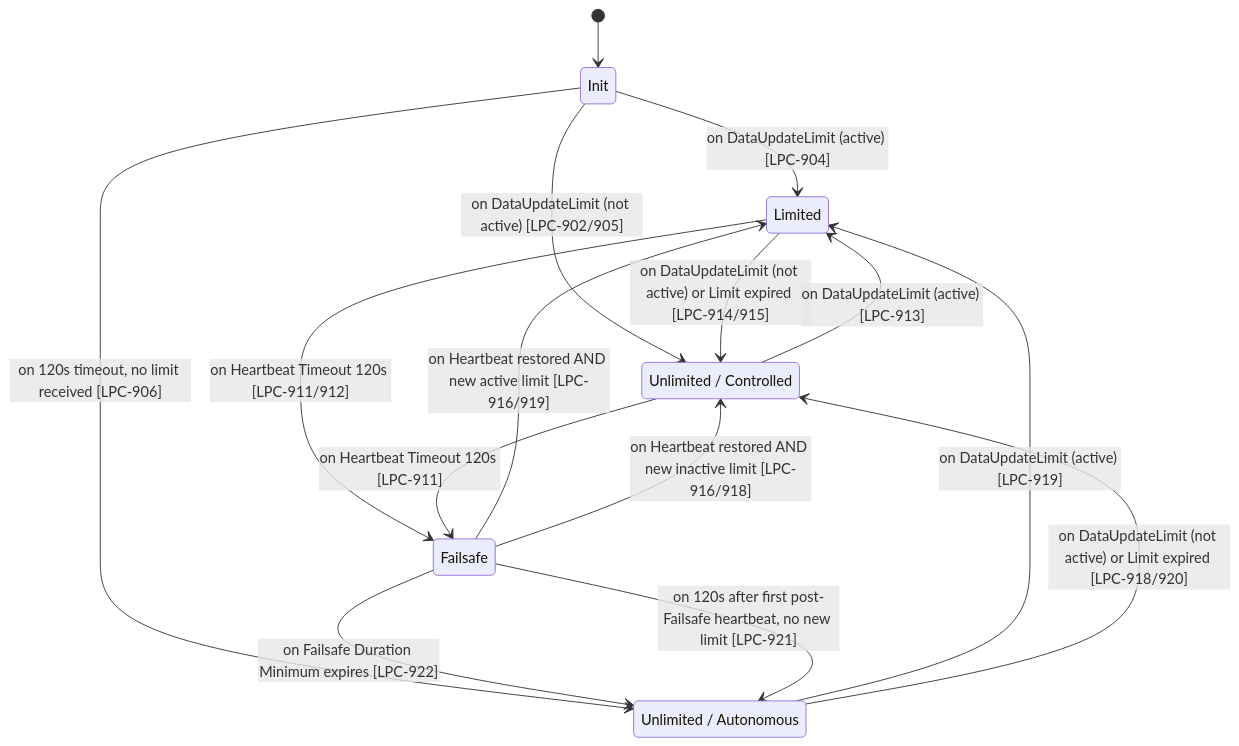
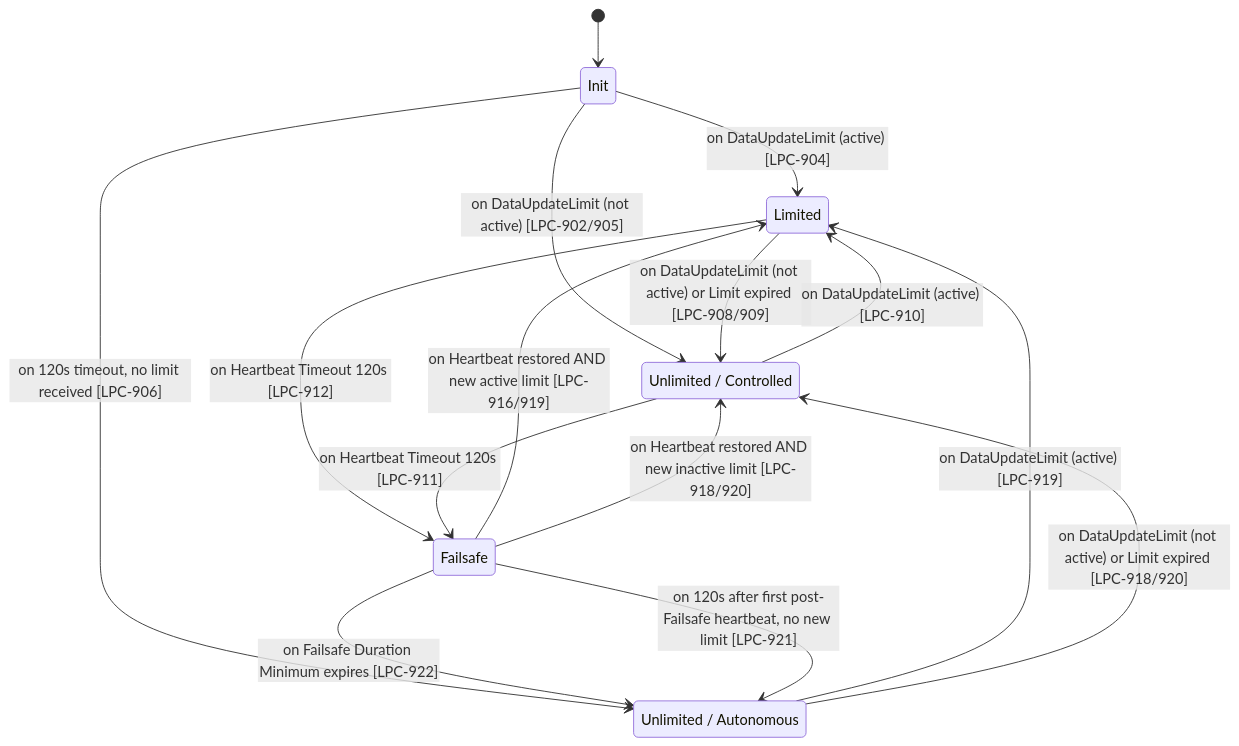
One commit to EVerest/EVerest changed the diagram in modules/EnergyManagement/EEBUS/docs/state-machine.mmd. Above: the diagram before and after it, drawn with Mermaid.

Commit message:
docs(eebus): fix LPC-ID citations in state-machine diagram
Four citations referenced non-existent or wrong IDs per
EEBus UC TS V1.0.0 §2.3.3:

- Limited → Unl/ctrl: [LPC-914/915] → [LPC-908/909] (LPC-915 doesn't exist)
- Limited → Failsafe: [LPC-911/912] → [LPC-912]
- Unl/ctrl → Limited: [LPC-913] → [LPC-910]
- Failsafe → Unl/ctrl: [LPC-916/918] → [LPC-918/920]

```diff
--- a/modules/EnergyManagement/EEBUS/docs/state-machine.mmd
+++ b/modules/EnergyManagement/EEBUS/docs/state-machine.mmd
@@ -1,25 +1,25 @@
 stateDiagram-v2
     [*] --> Init
     Init: Init
     UnlimitedControlled: Unlimited / Controlled
     Limited: Limited
     Failsafe: Failsafe
     UnlimitedAutonomous: Unlimited / Autonomous
 
     Init --> Limited : on DataUpdateLimit (active) [LPC-904]
     Init --> UnlimitedControlled : on DataUpdateLimit (not active) [LPC-902/905]
     Init --> UnlimitedAutonomous : on 120s timeout, no limit received [LPC-906]
 
-    Limited --> UnlimitedControlled : on DataUpdateLimit (not active) or Limit expired [LPC-914/915]
-    Limited --> Failsafe : on Heartbeat Timeout 120s [LPC-911/912]
+    Limited --> UnlimitedControlled : on DataUpdateLimit (not active) or Limit expired [LPC-908/909]
+    Limited --> Failsafe : on Heartbeat Timeout 120s [LPC-912]
 
-    UnlimitedControlled --> Limited : on DataUpdateLimit (active) [LPC-913]
+    UnlimitedControlled --> Limited : on DataUpdateLimit (active) [LPC-910]
     UnlimitedControlled --> Failsafe : on Heartbeat Timeout 120s [LPC-911]
 
     UnlimitedAutonomous --> Limited : on DataUpdateLimit (active) [LPC-919]
     UnlimitedAutonomous --> UnlimitedControlled : on DataUpdateLimit (not active) or Limit expired [LPC-918/920]
 
     Failsafe --> Limited : on Heartbeat restored AND new active limit [LPC-916/919]
-    Failsafe --> UnlimitedControlled : on Heartbeat restored AND new inactive limit [LPC-916/918]
+    Failsafe --> UnlimitedControlled : on Heartbeat restored AND new inactive limit [LPC-918/920]
     Failsafe --> UnlimitedAutonomous : on Failsafe Duration Minimum expires [LPC-922]
     Failsafe --> UnlimitedAutonomous : on 120s after first post-Failsafe heartbeat, no new limit [LPC-921]
```
